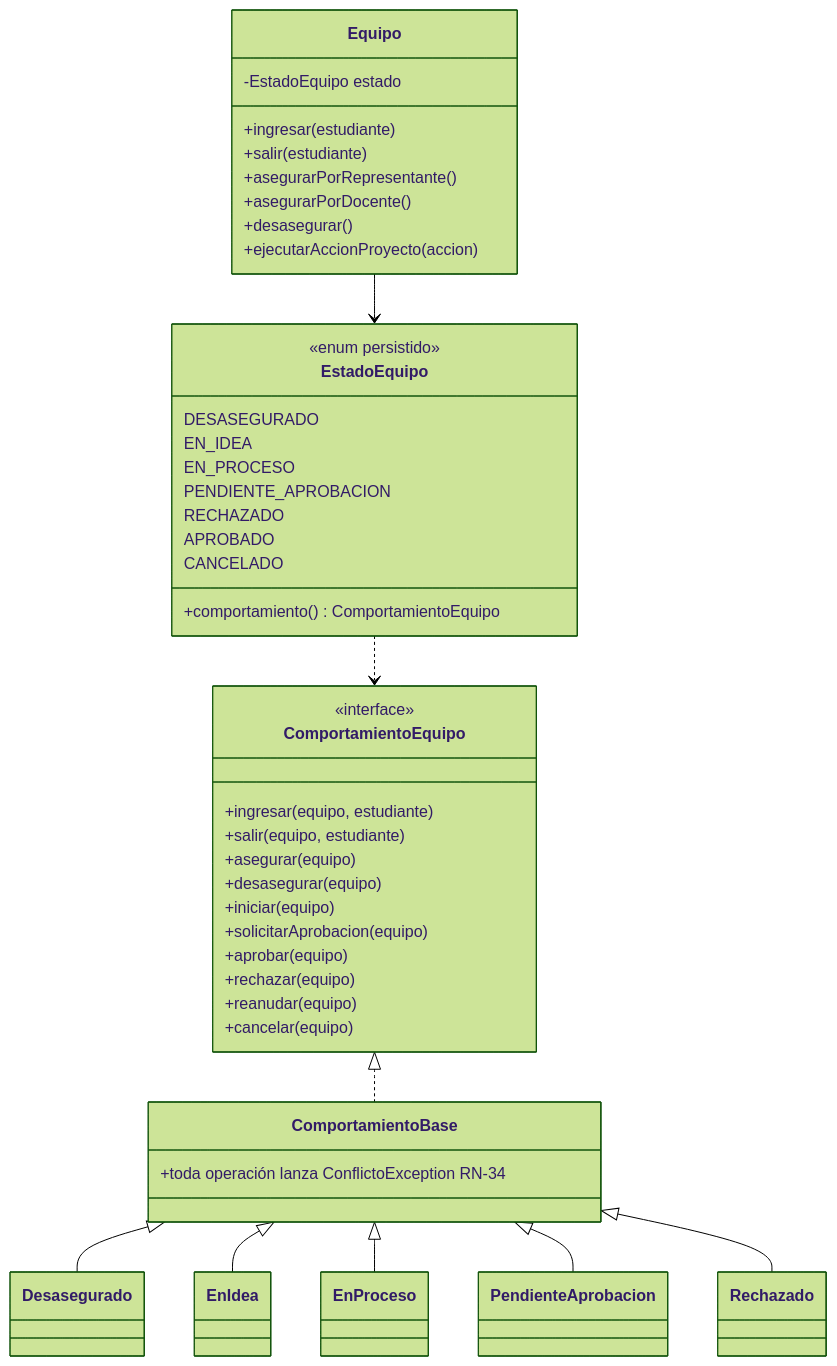
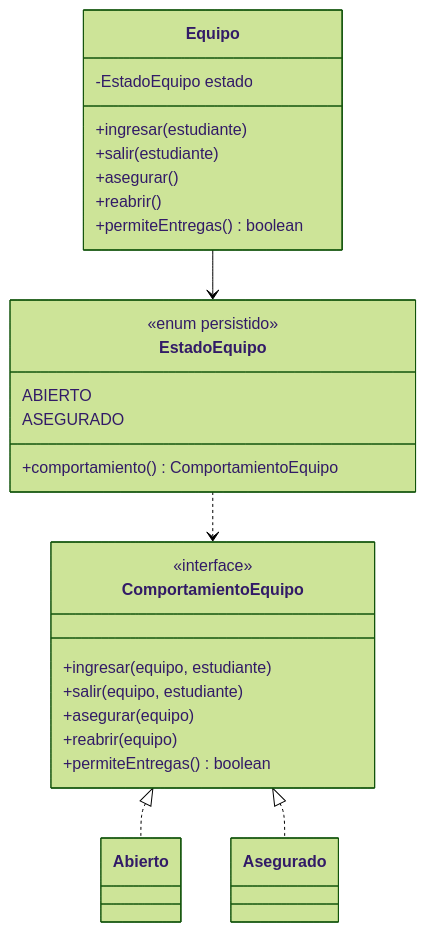
One commit to nicovillacorta12/atenas changed the diagram in docs/10-patrones-de-diseno.md. Above: the diagram before and after it, drawn with Mermaid (forest theme). The commit also changed other lines of this file and 18 other files, not shown here.

````diff
--- a/docs/10-patrones-de-diseno.md
+++ b/docs/10-patrones-de-diseno.md
@@ -10,45 +10,29 @@
 ```mermaid
 classDiagram
     class Equipo {
         -EstadoEquipo estado
         +ingresar(estudiante)
         +salir(estudiante)
-        +asegurarPorRepresentante()
-        +asegurarPorDocente()
-        +desasegurar()
-        +ejecutarAccionProyecto(accion)
+        +asegurar()
+        +reabrir()
+        +permiteEntregas() boolean
     }
     class EstadoEquipo {
         <<enum persistido>>
-        DESASEGURADO
-        EN_IDEA
-        EN_PROCESO
-        PENDIENTE_APROBACION
-        RECHAZADO
-        APROBADO
-        CANCELADO
+        ABIERTO
+        ASEGURADO
         +comportamiento() ComportamientoEquipo
     }
     class ComportamientoEquipo {
         <<interface>>
         +ingresar(equipo, estudiante)
         +salir(equipo, estudiante)
         +asegurar(equipo)
-        +desasegurar(equipo)
-        +iniciar(equipo)
-        +solicitarAprobacion(equipo)
-        +aprobar(equipo)
-        +rechazar(equipo)
-        +reanudar(equipo)
-        +cancelar(equipo)
+        +reabrir(equipo)
+        +permiteEntregas() boolean
     }
-    class ComportamientoBase { +toda operación lanza ConflictoException RN-34 }
     Equipo --> EstadoEquipo
     EstadoEquipo ..> ComportamientoEquipo
-    ComportamientoEquipo <|.. ComportamientoBase
-    ComportamientoBase <|-- Desasegurado
-    ComportamientoBase <|-- EnIdea
-    ComportamientoBase <|-- EnProceso
-    ComportamientoBase <|-- PendienteAprobacion
-    ComportamientoBase <|-- Rechazado
+    ComportamientoEquipo <|.. Abierto
+    ComportamientoEquipo <|.. Asegurado
 ```
````
